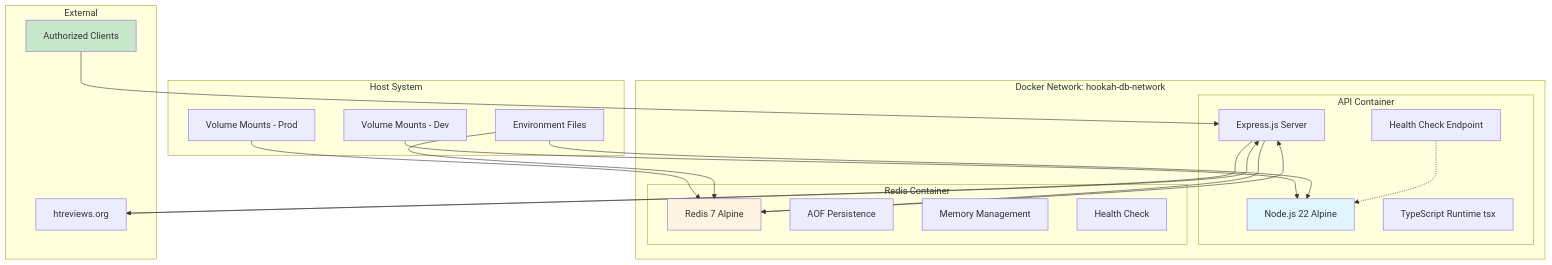
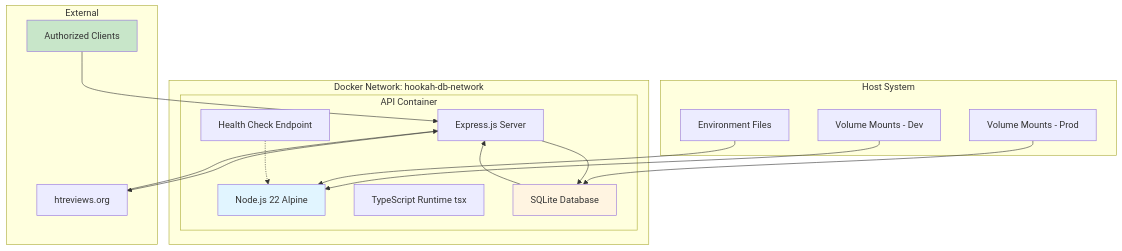
The second of 3 diagrams in .kilocode/rules/memory-bank/architecture.md (Zenderg/hookah-db), drawn with Mermaid before and after one commit. The commit also changed other lines of this file and 34 other files, not shown here.

````diff
--- a/.kilocode/rules/memory-bank/architecture.md
+++ b/.kilocode/rules/memory-bank/architecture.md
@@ -72,44 +72,37 @@
 ```mermaid
 graph TB
     subgraph "Docker Network: hookah-db-network"
         subgraph "API Container"
             A1[Node.js 22 Alpine]
             A2[Express.js Server]
             A3[TypeScript Runtime tsx]
             A4[Health Check Endpoint]
-        end
-        
-        subgraph "Redis Container"
-            R1[Redis 7 Alpine]
-            R2[AOF Persistence]
-            R3[Memory Management]
-            R4[Health Check]
+            A5[SQLite Database]
         end
     end
     
     subgraph "Host System"
         V1[Volume Mounts - Dev]
         V2[Volume Mounts - Prod]
         E1[Environment Files]
     end
     
     subgraph "External"
         E2[htreviews.org]
         C[Authorized Clients]
     end
     
     V1 --> A1
-    V2 --> R1
+    V2 --> A5
     E1 --> A1
-    E1 --> R1
-    A2 --> R1
-    R1 --> A2
+    A2 --> A5
+    A5 --> A2
     A2 --> E2
     E2 --> A2
     C --> A2
     A4 -.-> A1
     
     style A1 fill:#e1f5ff
-    style R1 fill:#fff4e1
+    style A5 fill:#fff4e1
     style C fill:#c8e6c9
 ```
````
